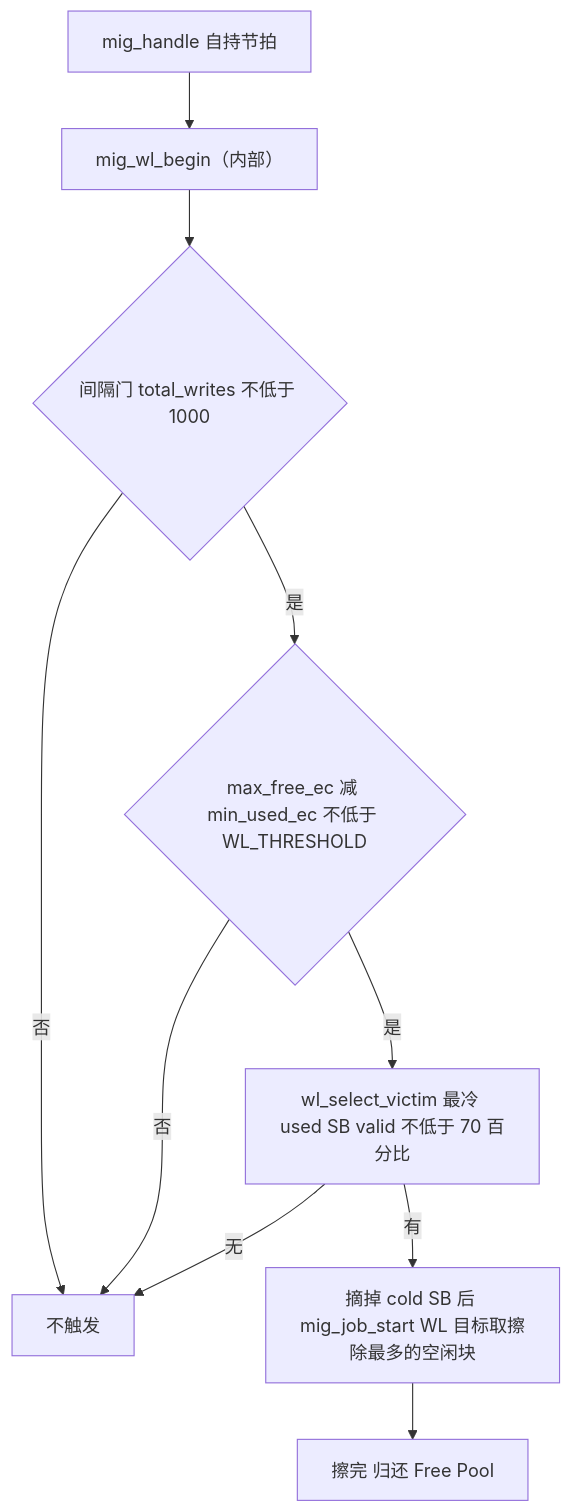
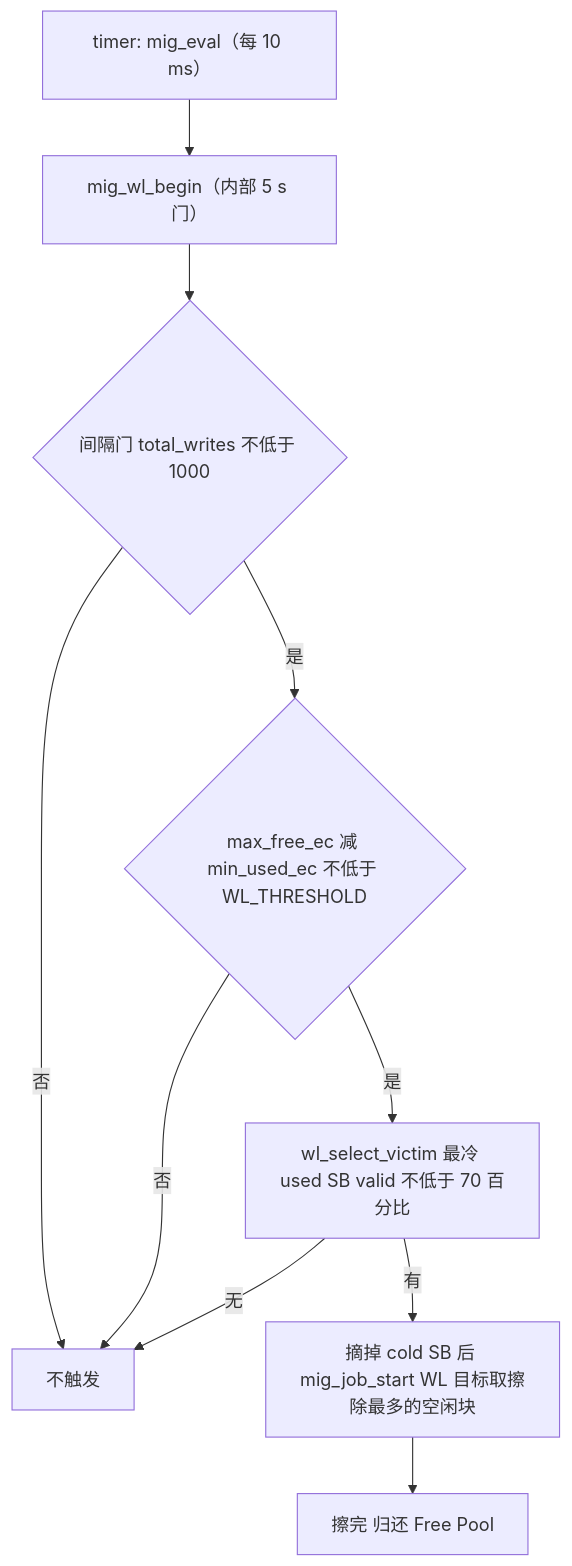
Before and after one commit to YzYMIAO/BASESSD: the ninth of 33 diagrams in docs/design/ftl_design.md, drawn with Mermaid. The commit also changed other lines of this file and 60 other files, not shown here.

````diff
--- a/docs/design/ftl_design.md
+++ b/docs/design/ftl_design.md
@@ -1605,12 +1605,12 @@
 ```mermaid
 flowchart TD
-    W1["mig_handle 自持节拍"] --> W2["mig_wl_begin（内部）"]
+    W1["timer: mig_eval（每 10 ms）"] --> W2["mig_wl_begin（内部 5 s 门）"]
     W2 --> W3{"间隔门 total_writes 不低于 1000"}
     W3 -- "否" --> W0["不触发"]
     W3 -- "是" --> W4{"max_free_ec 减 min_used_ec 不低于 WL_THRESHOLD"}
     W4 -- "否" --> W0
     W4 -- "是" --> W5["wl_select_victim 最冷 used SB valid 不低于 70 百分比"]
     W5 -- "无" --> W0
     W5 -- "有" --> W6["摘掉 cold SB 后 mig_job_start WL 目标取擦除最多的空闲块"]
     W6 --> W7["擦完 归还 Free Pool"]
 ```
````
